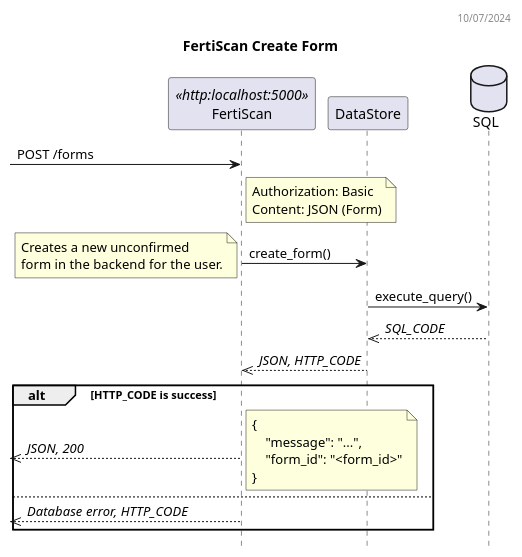
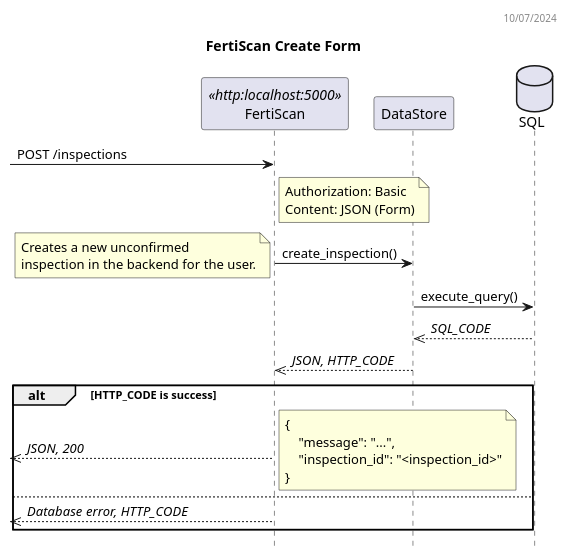
One commit to ai-cfia/fertiscan-backend changed the diagram in docs/plantuml/create_inspection_dss.puml. Above: the diagram before and after it, drawn with PlantUML. The commit also changed 13 other files, not shown here.

```diff
--- a/docs/plantuml/create_inspection_dss.puml
+++ b/docs/plantuml/create_inspection_dss.puml
@@ -1,37 +1,37 @@
 @startuml FertiScan Sequence Diagram
 header 10/07/2024
 
 title FertiScan Create Form
 hide empty members
 hide footbox
 
 participant FertiScan as BE <<http:localhost:5000>>
 participant DataStore as DS
 database SQL as DB
 
--> BE: POST /forms
+-> BE: POST /inspections
 note right BE
   Authorization: Basic
   Content: JSON (Form)
 end note
-BE -> DS: create_form()
+BE -> DS: create_inspection()
 note left
     Creates a new unconfirmed
-    form in the backend for the user.
+    inspection in the backend for the user.
 end note
 DS -> DB: execute_query()
 DS <<-- DB: //SQL_CODE//
 BE <<-- DS: //JSON, HTTP_CODE//
 alt HTTP_CODE is success
   <<-- BE: //JSON, 200//
   note right
     {
         "message": "...",
-        "form_id": "<form_id>"
+        "inspection_id": "<inspection_id>"
     }
   end note
 else
   <<-- BE: //Database error, HTTP_CODE//
 end
 
 @enduml
```
